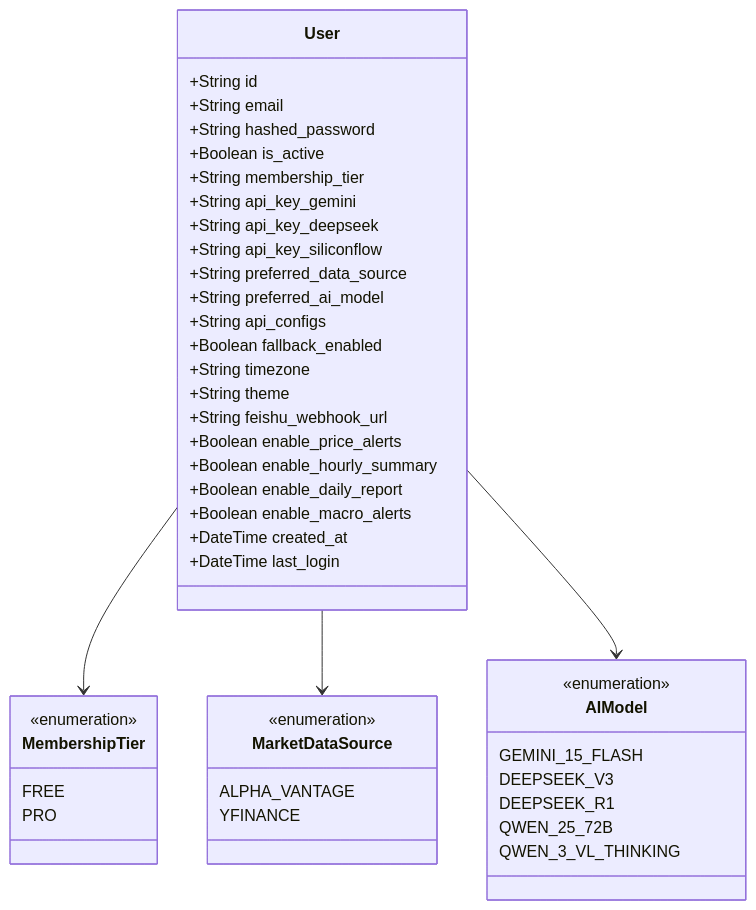
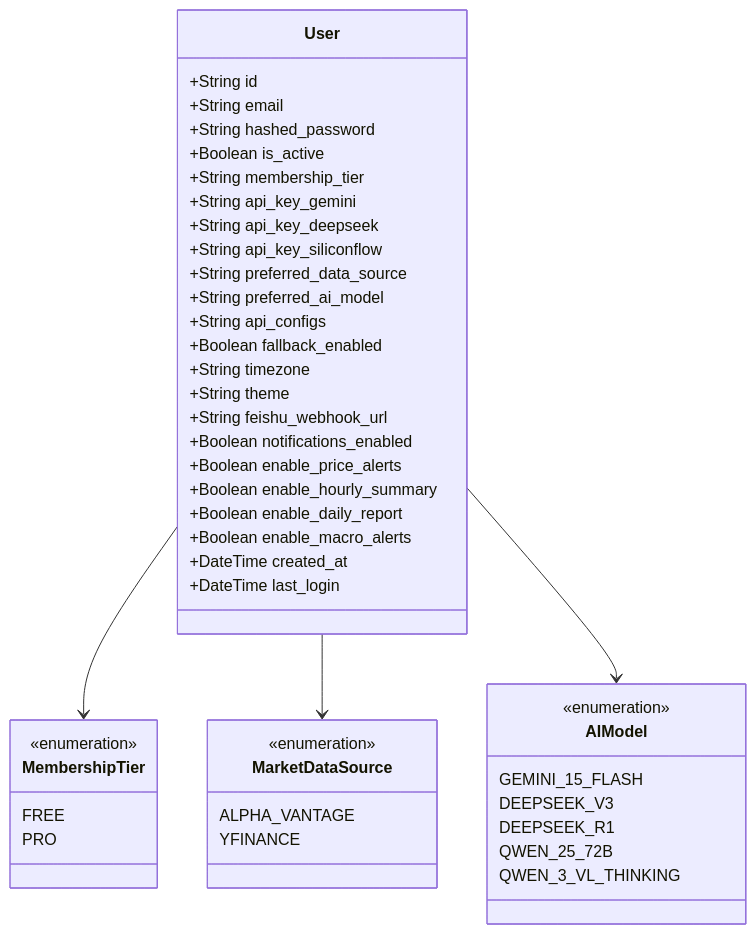
Before and after one commit to breeze-lyf/ai-stock-advisor: the third of 18 diagrams in .qoder/repowiki/zh/content/数据库设计/数据库模式增强.md, drawn with Mermaid. The commit also changed other lines of this file and 122 other files, not shown here.

````diff
--- a/.qoder/repowiki/zh/content/数据库设计/数据库模式增强.md
+++ b/.qoder/repowiki/zh/content/数据库设计/数据库模式增强.md
@@ -191,47 +202,48 @@
 ```mermaid
 classDiagram
 class User {
 +String id
 +String email
 +String hashed_password
 +Boolean is_active
 +String membership_tier
 +String api_key_gemini
 +String api_key_deepseek
 +String api_key_siliconflow
 +String preferred_data_source
 +String preferred_ai_model
 +String api_configs
 +Boolean fallback_enabled
 +String timezone
 +String theme
 +String feishu_webhook_url
++Boolean notifications_enabled
 +Boolean enable_price_alerts
 +Boolean enable_hourly_summary
 +Boolean enable_daily_report
 +Boolean enable_macro_alerts
 +DateTime created_at
 +DateTime last_login
 }
 class MembershipTier {
 <<enumeration>>
 FREE
 PRO
 }
 class MarketDataSource {
 <<enumeration>>
 ALPHA_VANTAGE
 YFINANCE
 }
 class AIModel {
 <<enumeration>>
 GEMINI_15_FLASH
 DEEPSEEK_V3
 DEEPSEEK_R1
 QWEN_25_72B
 QWEN_3_VL_THINKING
 }
 User --> MembershipTier
 User --> MarketDataSource
 User --> AIModel
 ```
````
